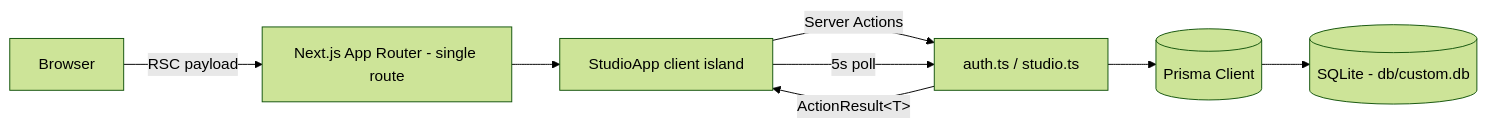
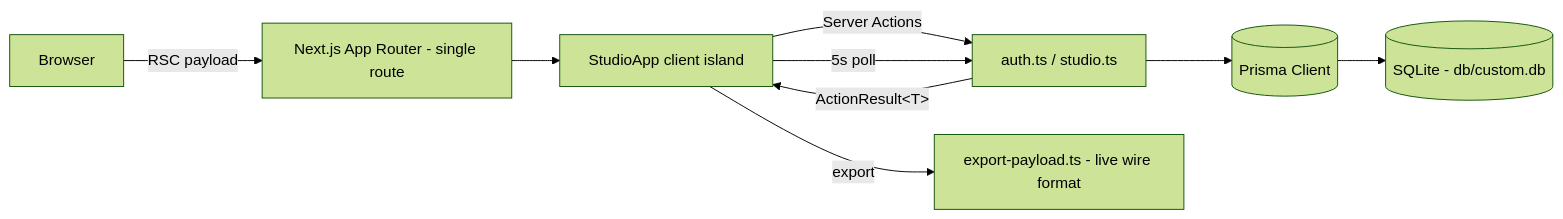
Before and after one commit to nordeim/art-supply-tracker: the diagram in README.md, drawn with Mermaid (forest theme). The commit also changed other lines of this file and 29 other files, not shown here.

First line of the commit message:
feat(parity): live data model, detail panels, delete + stock filters, wire-format import/export, rate limiting, action tests, CI gate

````diff
--- a/README.md
+++ b/README.md
@@ -52,10 +56,11 @@
 ```mermaid
 flowchart LR
     Browser -->|RSC payload| NextApp[Next.js App Router - single route]
     NextApp --> Shell[StudioApp client island]
     Shell -->|Server Actions| Actions[auth.ts / studio.ts]
     Actions -->|ActionResult&lt;T&gt;| Shell
     Actions --> Prisma[(Prisma Client)]
     Prisma --> SQLite[(SQLite - db/custom.db)]
     Shell -->|5s poll| Actions
+    Shell -->|export| ExportLib[export-payload.ts - live wire format]
 ```
````
